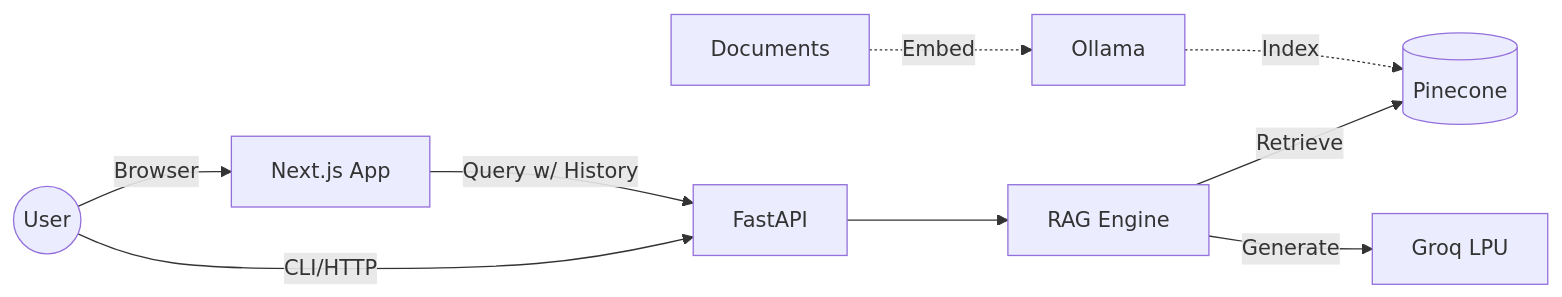
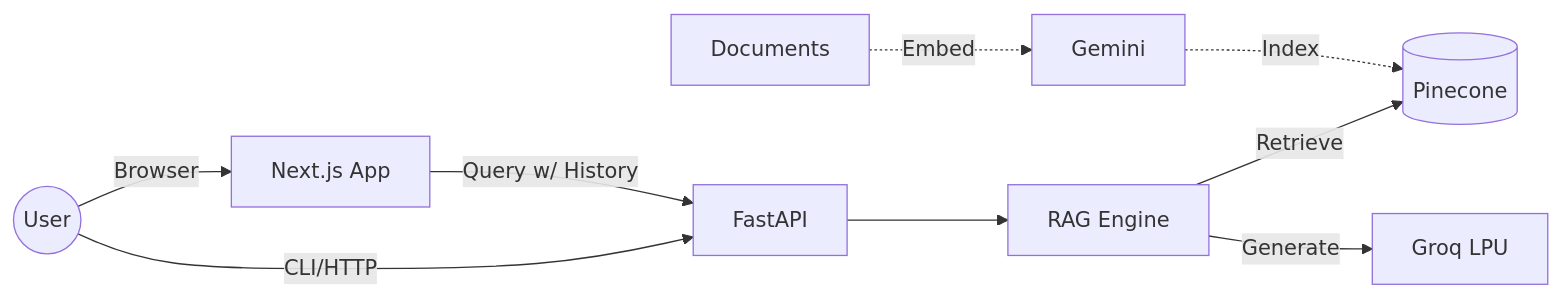
Before and after one commit to galalqassas/USLaw-expert-RAG: the diagram in README.md, drawn with Mermaid. The commit also changed other lines of this file and 46 other files, not shown here.

````diff
--- a/README.md
+++ b/README.md
@@ -9,14 +9,14 @@
 ```mermaid
 graph LR
     User((User)) -->|Browser| Frontend[Next.js App]
     User -->|CLI/HTTP| Interface[FastAPI]
 
     Frontend -->|Query w/ History| Interface
     Interface --> Engine[RAG Engine]
 
     Engine -->|Retrieve| Pinecone[(Pinecone)]
     Engine -->|Generate| Groq[Groq LPU]
 
-    Docs[Documents] -.->|Embed| Ollama[Ollama]
-    Ollama -.->|Index| Pinecone
+    Docs[Documents] -.->|Embed| Gemini[Gemini]
+    Gemini -.->|Index| Pinecone
 ```
````
